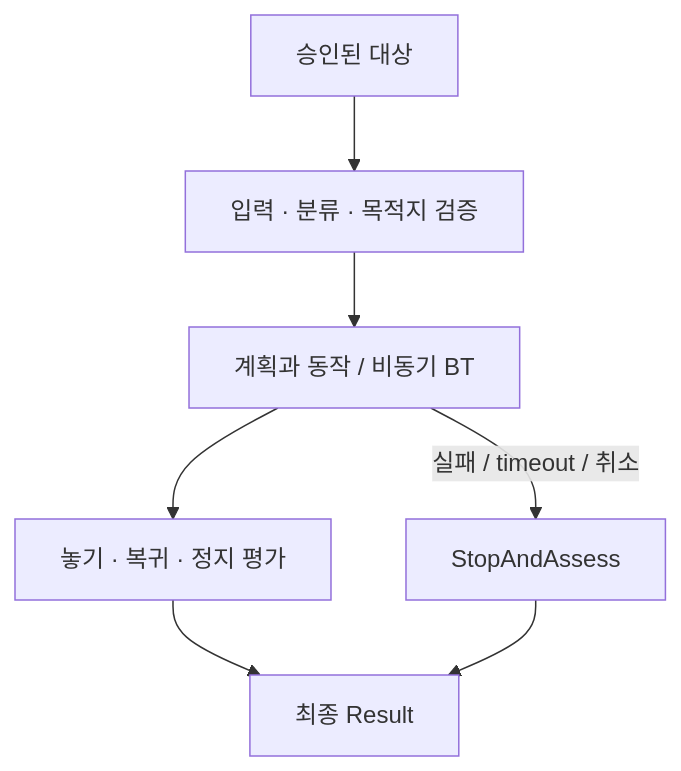
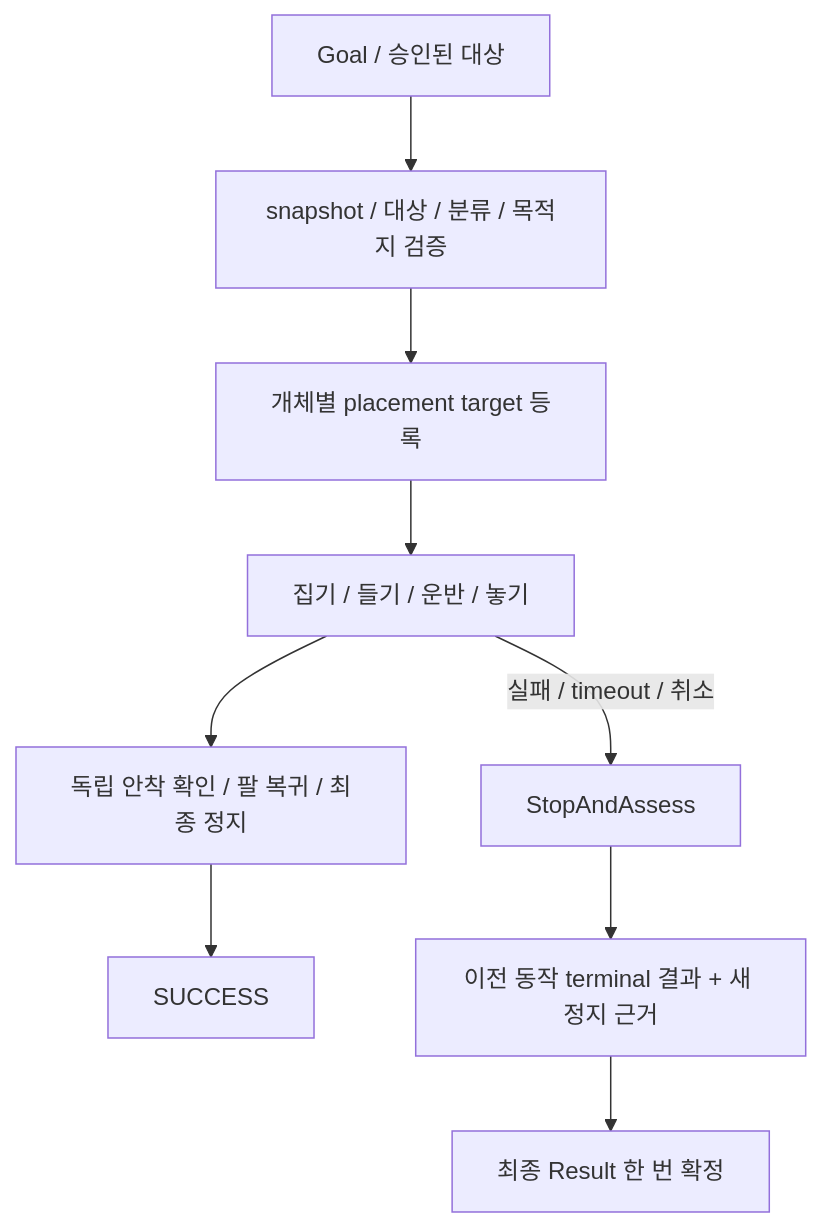
The first of 5 diagrams in ros2_ws/src/cleany_manipulation_bt/docs/execution_contract.md (asm17-moving-agent/cleany), drawn with Mermaid before and after one commit. The commit also changed other lines of this file and 74 other files, not shown here.

Commit message:
docs: restructure implementation references around diagrams and tables

````diff
--- a/ros2_ws/src/cleany_manipulation_bt/docs/execution_contract.md
+++ b/ros2_ws/src/cleany_manipulation_bt/docs/execution_contract.md
@@ -3,9 +5,11 @@
 ```mermaid
 flowchart TD
-  Goal["승인된 대상"] --> Check["입력 · 분류 · 목적지 검증"]
-  Check --> Execute["계획과 동작 / 비동기 BT"]
-  Execute --> Success["놓기 · 복귀 · 정지 평가"]
-  Success --> Result["최종 Result"]
-  Execute -->|"실패 / timeout / 취소"| Stop["StopAndAssess"]
-  Stop --> Result
+    Goal["Goal / 승인된 대상"] --> Check["snapshot / 대상 / 분류 / 목적지 검증"]
+    Check --> Register["개체별 placement target 등록"]
+    Register --> Execute["집기 / 들기 / 운반 / 놓기"]
+    Execute --> Confirm["독립 안착 확인 / 팔 복귀 / 최종 정지"]
+    Confirm --> Success["SUCCESS"]
+    Execute -->|실패 / timeout / 취소| Stop["StopAndAssess"]
+    Stop --> Terminal["이전 동작 terminal 결과 + 새 정지 근거"]
+    Terminal --> Result["최종 Result 한 번 확정"]
 ```
````
